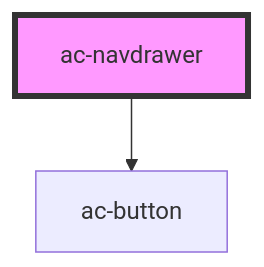
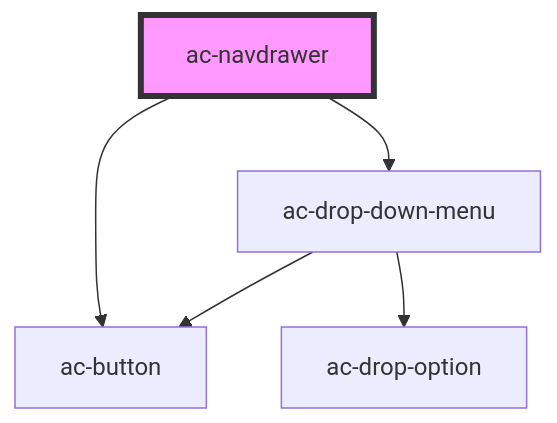
The diagram in src/components/atoms/ac-navdrawer/readme.md (accera-tech/solar-components), drawn with Mermaid before and after one commit. The commit also changed other lines of this file and 13 other files, not shown here.

Commit message:
feat(ac-drop-down-menu): add to navdrawer

````diff
--- a/src/components/atoms/ac-navdrawer/readme.md
+++ b/src/components/atoms/ac-navdrawer/readme.md
@@ -184,5 +186,8 @@
 ```mermaid
 graph TD;
+  ac-navdrawer --> ac-drop-down-menu
   ac-navdrawer --> ac-button
+  ac-drop-down-menu --> ac-button
+  ac-drop-down-menu --> ac-drop-option
   style ac-navdrawer fill:#f9f,stroke:#333,stroke-width:4px
 ```
````
